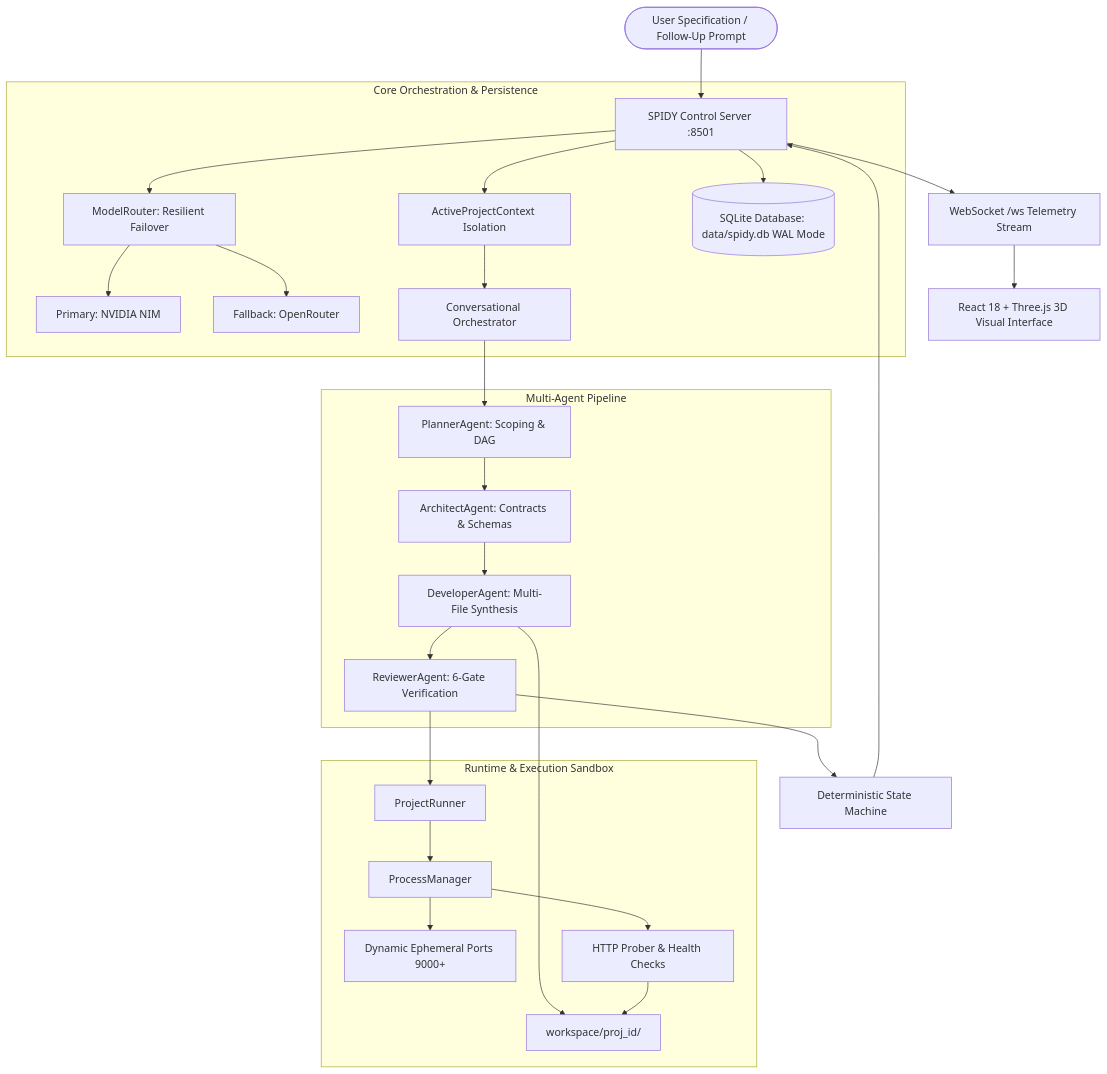
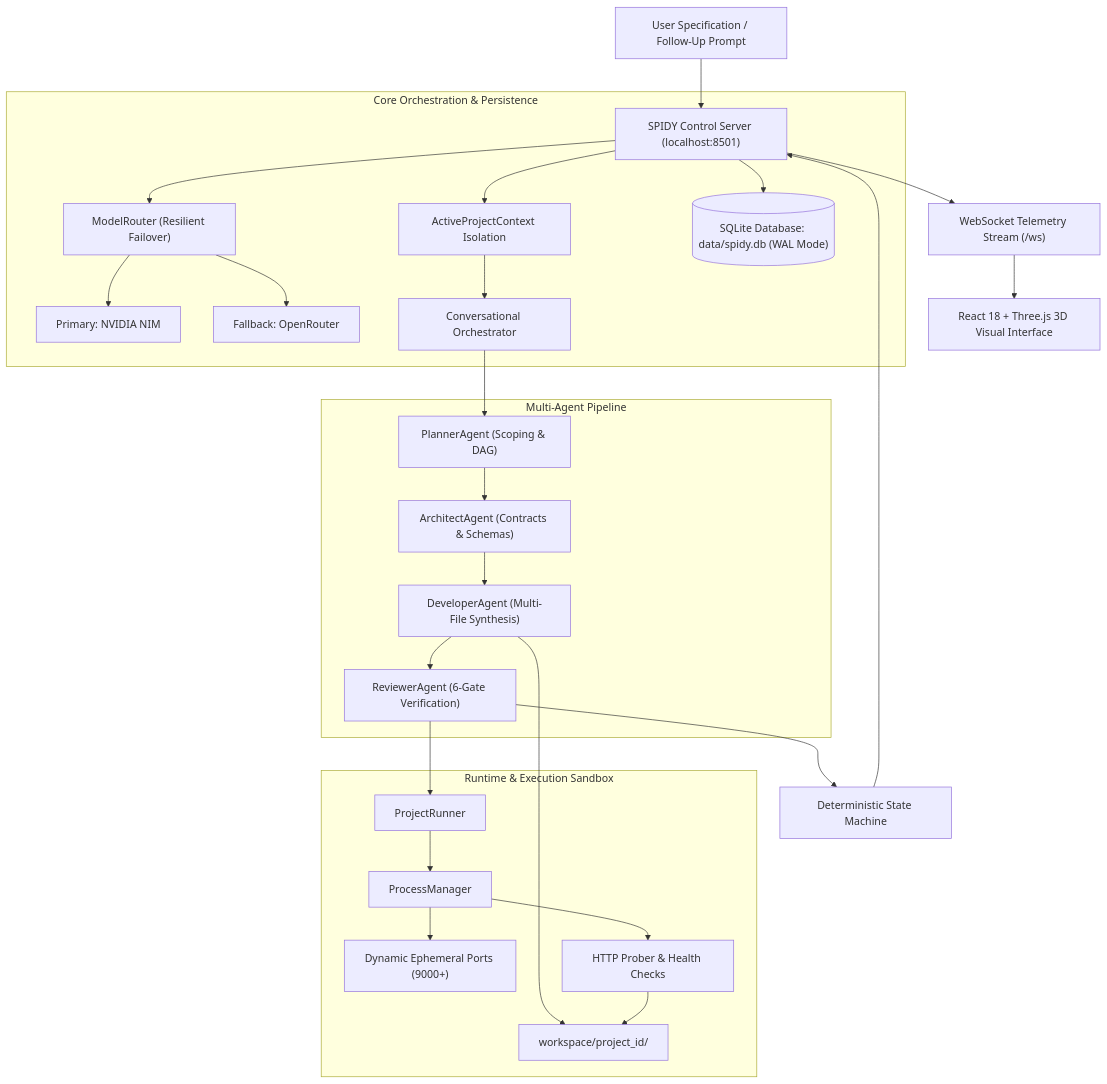
The diagram in README.md (Charan877/Spidy), drawn with Mermaid before and after one commit. The commit also changed other lines of this file and 1 other file, not shown here.

Commit message:
docs: fix Mermaid syntax and quote labels for GitHub renderer compatibility

````diff
--- a/README.md
+++ b/README.md
@@ -109,34 +109,34 @@
 ```mermaid
 flowchart TD
-    User([User Specification / Follow-Up Prompt]) --> Server[SPIDY Control Server :8501]
+    User["User Specification / Follow-Up Prompt"] --> Server["SPIDY Control Server (localhost:8501)"]
 
-    subgraph BackendCore [Core Orchestration & Persistence]
-        Server --> ActiveCtx[ActiveProjectContext Isolation]
-        Server --> Router[ModelRouter: Resilient Failover]
-        Router --> NIM[Primary: NVIDIA NIM]
-        Router --> OR[Fallback: OpenRouter]
-        Server --> DB[(SQLite Database: data/spidy.db WAL Mode)]
-        ActiveCtx --> Orch[Conversational Orchestrator]
+    subgraph BackendCore ["Core Orchestration & Persistence"]
+        Server --> ActiveCtx["ActiveProjectContext Isolation"]
+        Server --> Router["ModelRouter (Resilient Failover)"]
+        Router --> NIM["Primary: NVIDIA NIM"]
+        Router --> OR["Fallback: OpenRouter"]
+        Server --> DB[("SQLite Database: data/spidy.db (WAL Mode)")]
+        ActiveCtx --> Orch["Conversational Orchestrator"]
     end
 
-    subgraph MultiAgentPipeline [Multi-Agent Pipeline]
-        Orch --> Planner[PlannerAgent: Scoping & DAG]
-        Planner --> Architect[ArchitectAgent: Contracts & Schemas]
-        Architect --> Developer[DeveloperAgent: Multi-File Synthesis]
-        Developer --> Reviewer[ReviewerAgent: 6-Gate Verification]
+    subgraph MultiAgentPipeline ["Multi-Agent Pipeline"]
+        Orch --> Planner["PlannerAgent (Scoping & DAG)"]
+        Planner --> Architect["ArchitectAgent (Contracts & Schemas)"]
+        Architect --> Developer["DeveloperAgent (Multi-File Synthesis)"]
+        Developer --> Reviewer["ReviewerAgent (6-Gate Verification)"]
     end
 
-    subgraph RuntimeSandbox [Runtime & Execution Sandbox]
-        Developer --> WS[workspace/proj_id/]
-        Reviewer --> Runner[ProjectRunner]
-        Runner --> ProcMgr[ProcessManager]
-        ProcMgr --> Ports[Dynamic Ephemeral Ports 9000+]
-        ProcMgr --> Probe[HTTP Prober & Health Checks]
+    subgraph RuntimeSandbox ["Runtime & Execution Sandbox"]
+        Developer --> WS["workspace/project_id/"]
+        Reviewer --> Runner["ProjectRunner"]
+        Runner --> ProcMgr["ProcessManager"]
+        ProcMgr --> Ports["Dynamic Ephemeral Ports (9000+)"]
+        ProcMgr --> Probe["HTTP Prober & Health Checks"]
         Probe --> WS
     end
 
-    Reviewer --> StateMachine[Deterministic State Machine]
+    Reviewer --> StateMachine["Deterministic State Machine"]
     StateMachine --> Server
-    Server --> WSFeed[WebSocket /ws Telemetry Stream]
-    WSFeed --> UI[React 18 + Three.js 3D Visual Interface]
+    Server --> WSFeed["WebSocket Telemetry Stream (/ws)"]
+    WSFeed --> UI["React 18 + Three.js 3D Visual Interface"]
 ```
````
